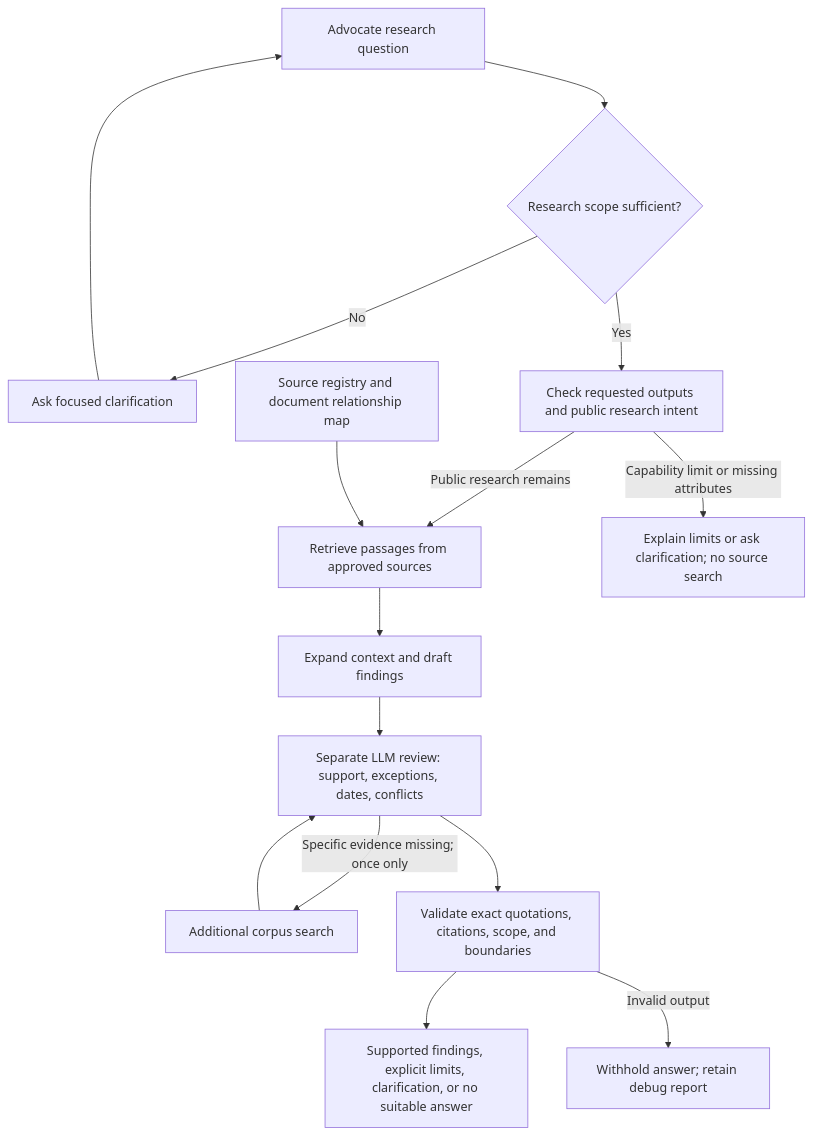
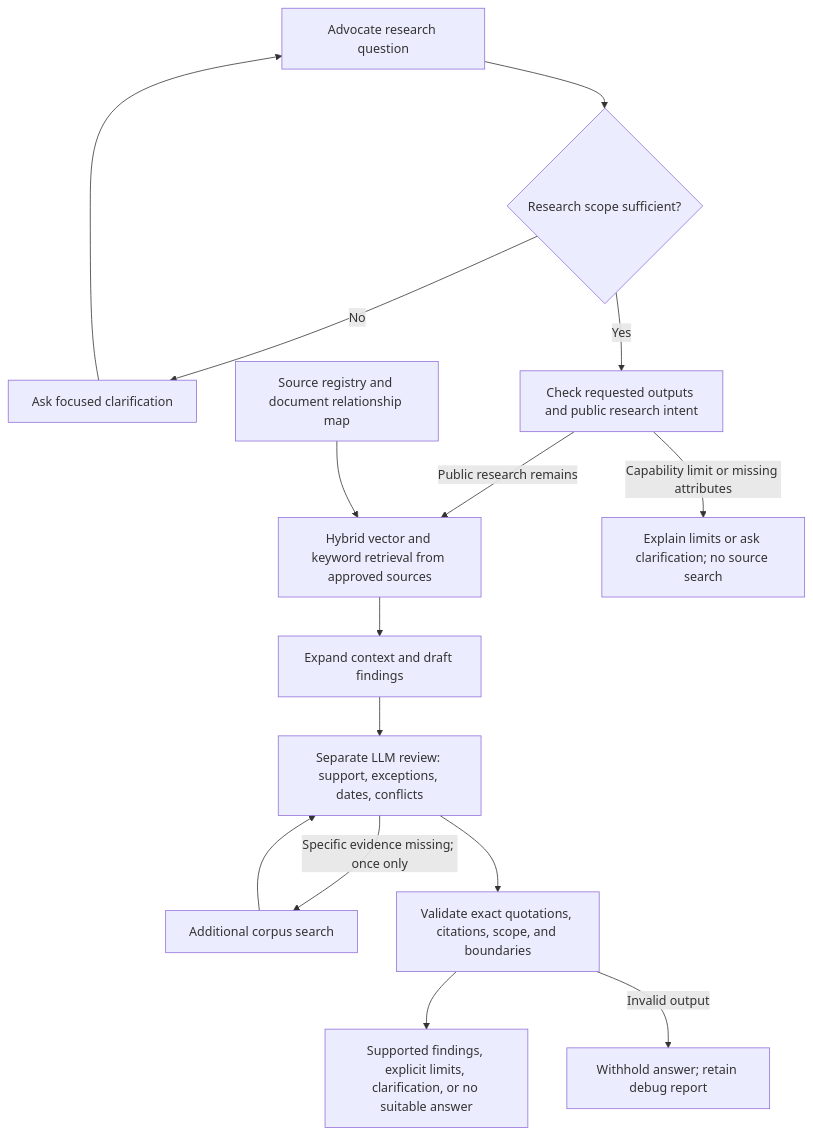
The diagram in README.md (swkarlekar/health-research-oracle-public), drawn with Mermaid before and after one commit. The commit also changed other lines of this file and 14 other files, not shown here.

Commit message:
Keep hybrid retrieval and calibrate client research routing

````diff
--- a/README.md
+++ b/README.md
@@ -69,17 +69,17 @@
 ```mermaid
 flowchart TD
     Q[Advocate research question] --> S{Research scope sufficient?}
     S -->|No| C[Ask focused clarification]
     C --> Q
     S -->|Yes| B[Check requested outputs and public research intent]
-    B -->|Public research remains| R[Retrieve passages from approved sources]
+    B -->|Public research remains| R[Hybrid vector and keyword retrieval from approved sources]
     B -->|Capability limit or missing attributes| N[Explain limits or ask clarification; no source search]
     V[Source registry and document relationship map] --> R
     R --> E[Expand context and draft findings]
     E --> J[Separate LLM review: support, exceptions, dates, conflicts]
     J -->|Specific evidence missing; once only| A[Additional corpus search]
     A --> J
     J --> P[Validate exact quotations, citations, scope, and boundaries]
     P --> O[Supported findings, explicit limits, clarification, or no suitable answer]
     P -->|Invalid output| F[Withhold answer; retain debug report]
 ```
````
